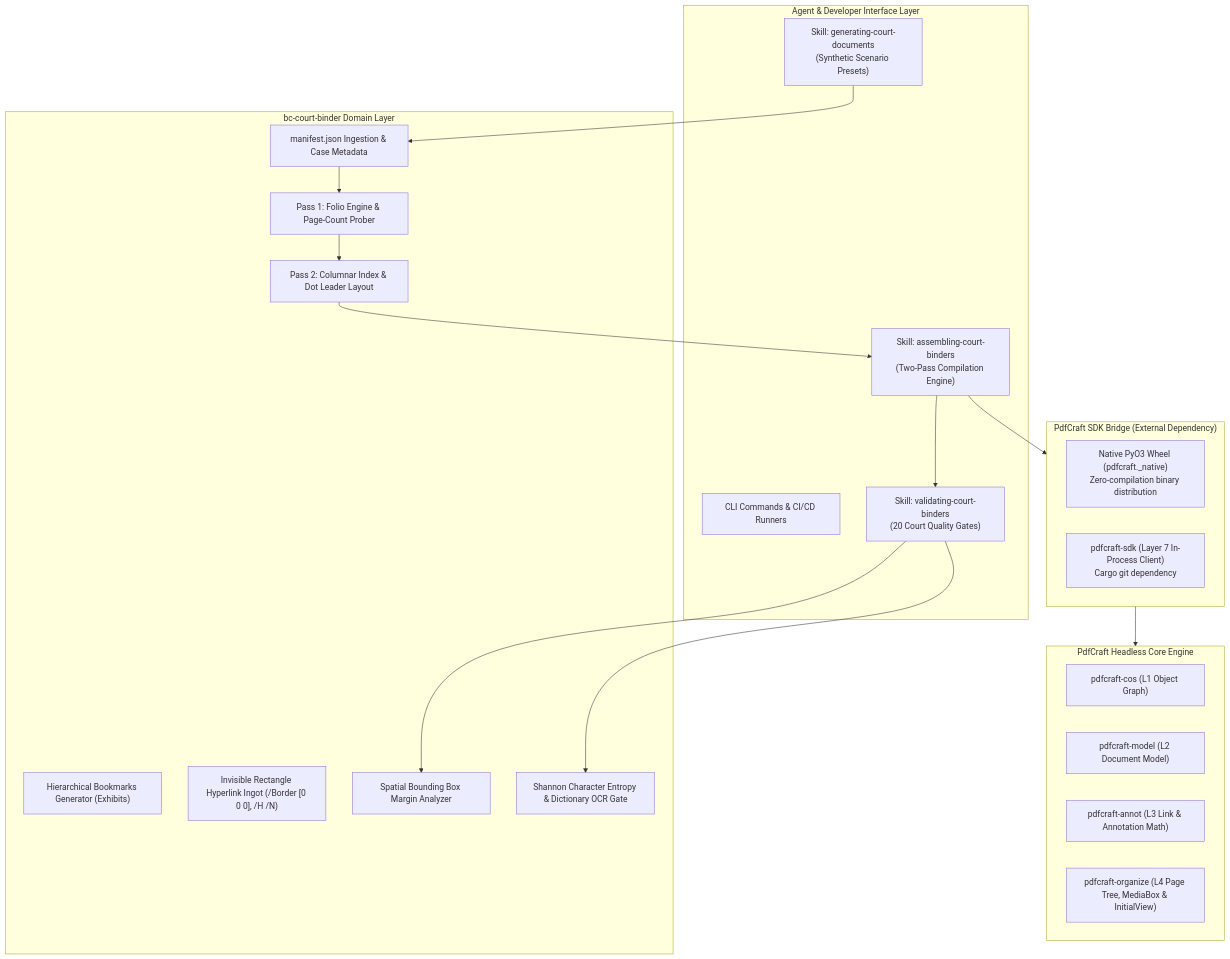
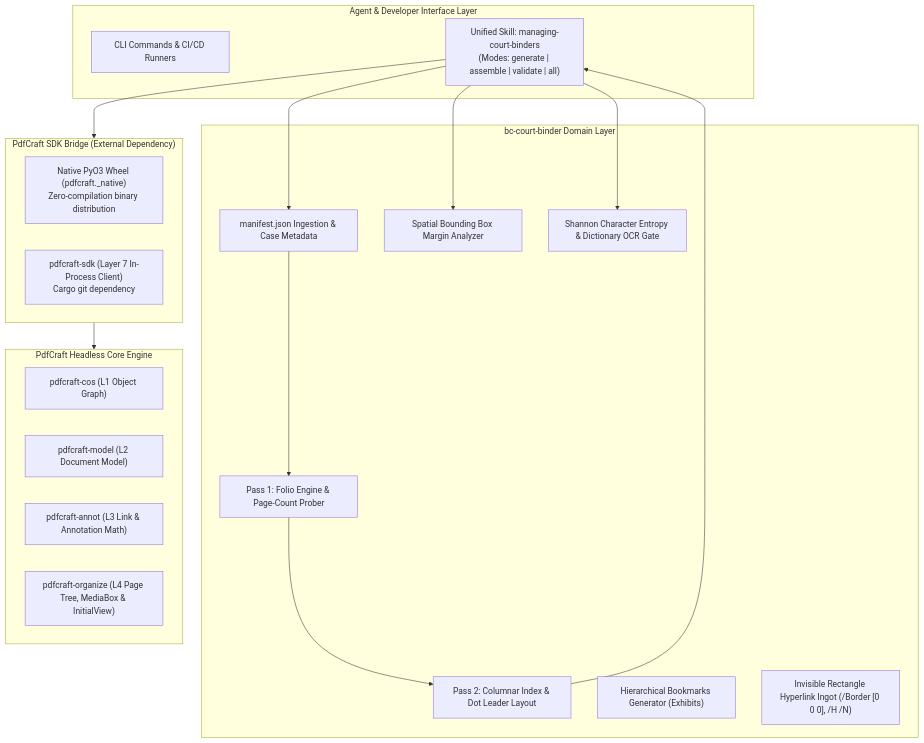
One commit to bcgov/bc-court-binder-builder changed the second of 2 diagrams in architecture.md. Above: the diagram before and after it, drawn with Mermaid. The commit also changed other lines of this file and 38 other files, not shown here.

Commit message:
feat(skills): consolidate into unified multi-mode managing-court-binders skill passing 100% authoring audit

````diff
--- a/architecture.md
+++ b/architecture.md
@@ -58,41 +58,38 @@
 ```mermaid
 flowchart TD
     subgraph UI["Agent & Developer Interface Layer"]
         CLI["CLI Commands & CI/CD Runners"]
-        Skill1["Skill: generating-court-documents<br/>(Synthetic Scenario Presets)"]
-        Skill2["Skill: assembling-court-binders<br/>(Two-Pass Compilation Engine)"]
-        Skill3["Skill: validating-court-binders<br/>(20 Court Quality Gates)"]
+        Skill["Unified Skill: managing-court-binders<br/>(Modes: generate | assemble | validate | all)"]
     end
 
     subgraph Domain["bc-court-binder Domain Layer"]
         Manifest["manifest.json Ingestion & Case Metadata"]
         FolioEngine["Pass 1: Folio Engine & Page-Count Prober"]
         TableGen["Pass 2: Columnar Index & Dot Leader Layout"]
         TreeGen["Hierarchical Bookmarks Generator (Exhibits)"]
         Linker["Invisible Rectangle Hyperlink Ingot (/Border [0 0 0], /H /N)"]
         SpatialAudit["Spatial Bounding Box Margin Analyzer"]
         EntropyAudit["Shannon Character Entropy & Dictionary OCR Gate"]
     end
 
     subgraph Integration["PdfCraft SDK Bridge (External Dependency)"]
         PyWheel["Native PyO3 Wheel (pdfcraft._native)<br/>Zero-compilation binary distribution"]
         RustSDK["pdfcraft-sdk (Layer 7 In-Process Client)<br/>Cargo git dependency"]
     end
 
     subgraph CoreEngine["PdfCraft Headless Core Engine"]
         Cos["pdfcraft-cos (L1 Object Graph)"]
         Model["pdfcraft-model (L2 Document Model)"]
         Annot["pdfcraft-annot (L3 Link & Annotation Math)"]
         Organize["pdfcraft-organize (L4 Page Tree, MediaBox & InitialView)"]
     end
 
-    Skill1 --> Manifest
+    Skill --> Manifest
     Manifest --> FolioEngine
     FolioEngine --> TableGen
-    TableGen --> Skill2
-    Skill2 --> Integration
+    TableGen --> Skill
+    Skill --> Integration
     Integration --> CoreEngine
-    Skill2 --> Skill3
-    Skill3 --> SpatialAudit
-    Skill3 --> EntropyAudit
+    Skill --> SpatialAudit
+    Skill --> EntropyAudit
 ```
````
